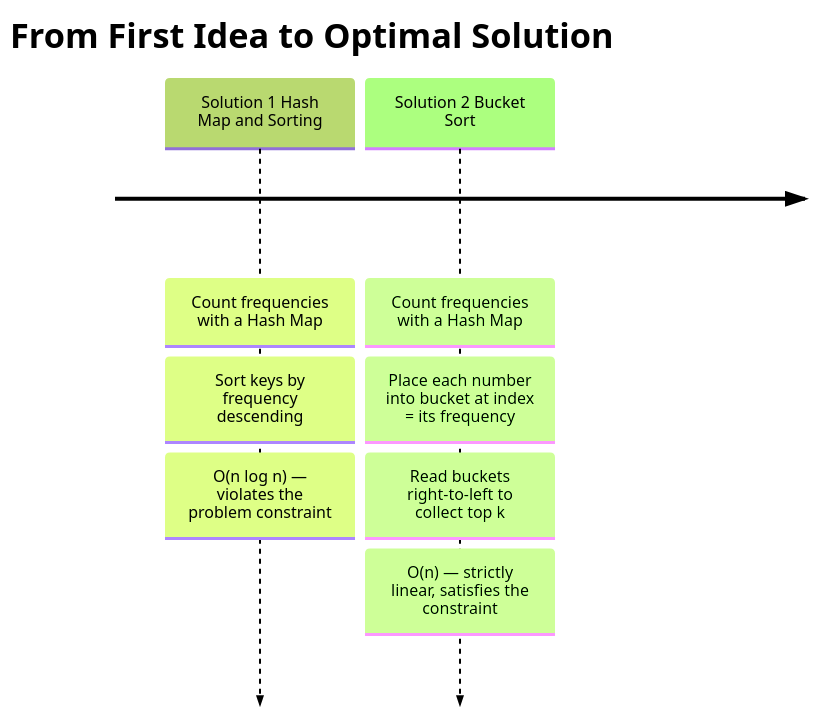
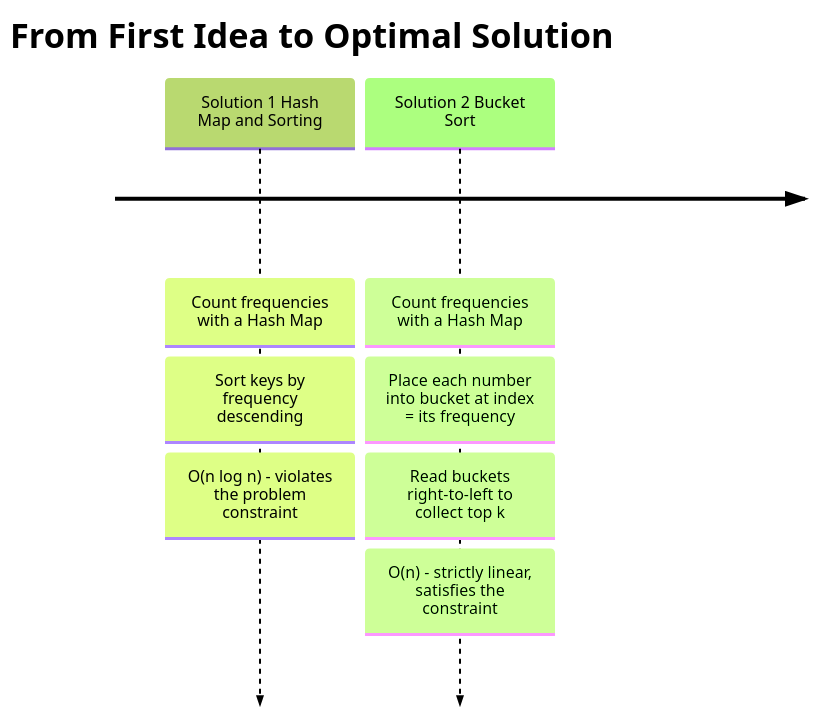
Before and after one commit to M-F-Tushar/LeetCode-Problem-Solving: the fourth of 12 diagrams in 05 - Top K Frequent Elements/README.md, drawn with Mermaid (forest theme). The commit also changed other lines of this file and 6 other files, not shown here.

Commit message:
fix diagram rendering

````diff
--- a/05 - Top K Frequent Elements/README.md
+++ b/05 - Top K Frequent Elements/README.md
@@ -134,15 +134,15 @@
 ```mermaid
 timeline
     title From First Idea to Optimal Solution
 
     Solution 1 Hash Map and Sorting
         : Count frequencies with a Hash Map
         : Sort keys by frequency descending
-        : O(n log n) — violates the problem constraint
+        : O(n log n)  -  violates the problem constraint
 
     Solution 2 Bucket Sort
         : Count frequencies with a Hash Map
         : Place each number into bucket at index = its frequency
         : Read buckets right-to-left to collect top k
-        : O(n) — strictly linear, satisfies the constraint
+        : O(n)  -  strictly linear, satisfies the constraint
 ```
````
